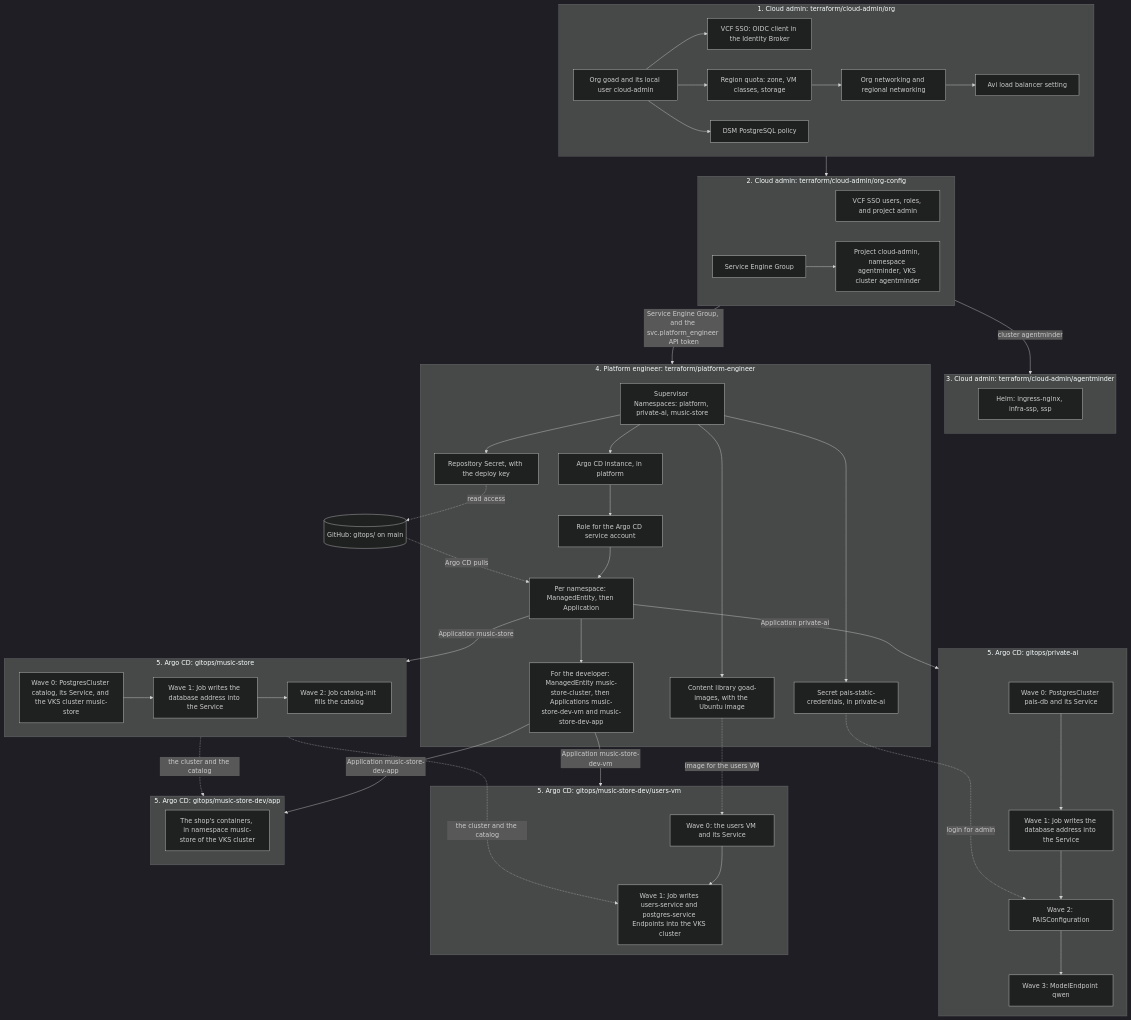
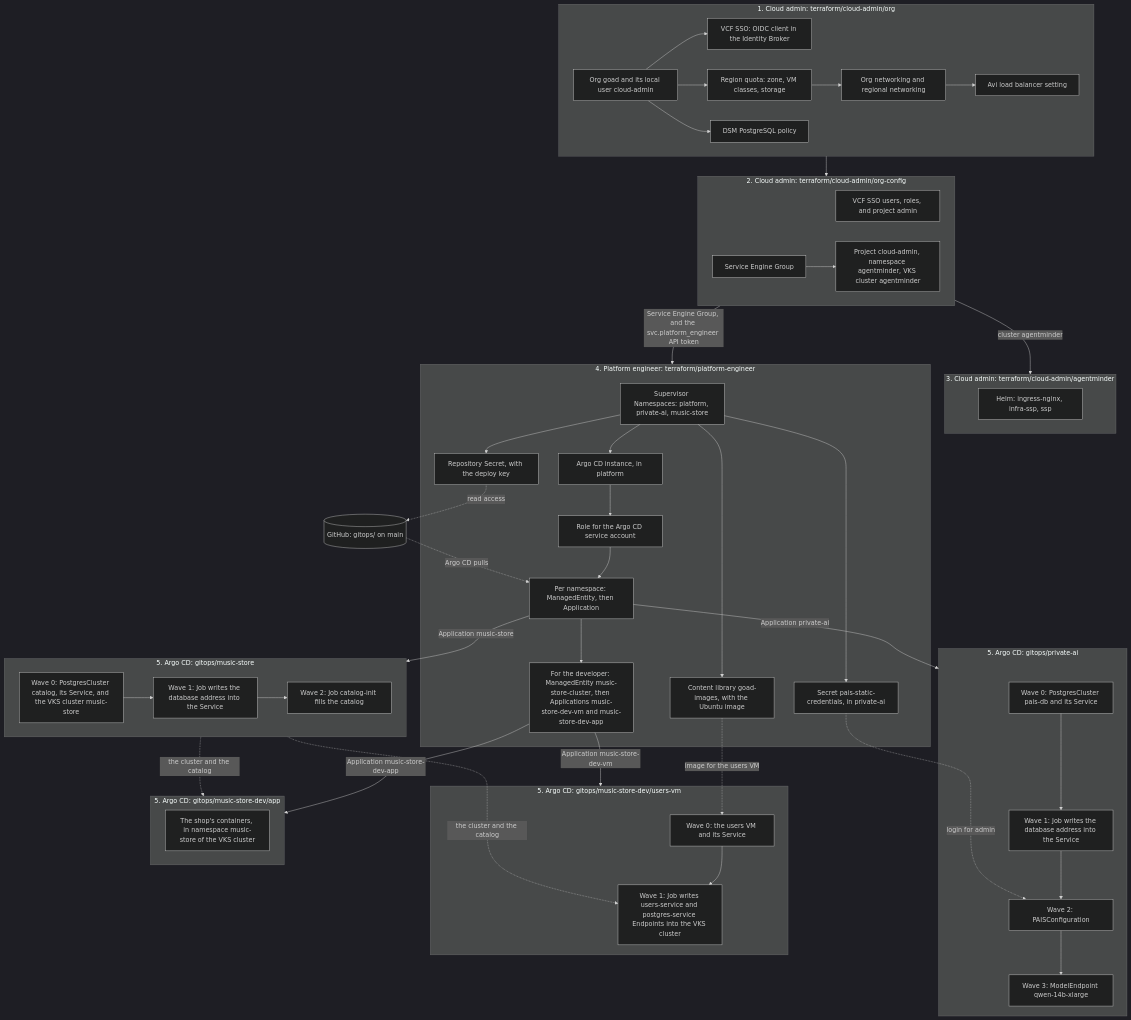
One commit to modern-apps-5/the-goad changed the diagram in README.md. Above: the diagram before and after it, drawn with Mermaid (dark theme). The commit also changed 2 other files, not shown here.

Commit message:
Name the qwen ModelEndpoint after its model and class, so Argo CD replaces it when either changes.

````diff
--- a/README.md
+++ b/README.md
@@ -51,81 +51,81 @@
 ```mermaid
 flowchart TD
     subgraph cloud_admin["1. Cloud admin: terraform/cloud-admin/org"]
         org["Org goad and its local user cloud-admin"]
         sso["VCF SSO: OIDC client in the Identity Broker"]
         quota["Region quota: zone, VM classes, storage"]
         networking["Org networking and regional networking"]
         avi_setting["Avi load balancer setting"]
         dsm_policy["DSM PostgreSQL policy"]
         org --> sso
         org --> quota --> networking --> avi_setting
         org --> dsm_policy
     end
 
     subgraph org_config["2. Cloud admin: terraform/cloud-admin/org-config"]
         users["VCF SSO users, roles, and project admin"]
         seg["Service Engine Group"]
         am_cluster["Project cloud-admin, namespace agentminder, VKS cluster agentminder"]
         seg --> am_cluster
     end
 
     subgraph agentminder["3. Cloud admin: terraform/cloud-admin/agentminder"]
         am_helm["Helm: ingress-nginx, infra-ssp, ssp"]
     end
 
     subgraph platform_engineer["4. Platform engineer: terraform/platform-engineer"]
         namespaces["Supervisor Namespaces: platform, private-ai, music-store"]
         argocd["Argo CD instance, in platform"]
         role["Role for the Argo CD service account"]
         repo_secret["Repository Secret, with the deploy key"]
         pais_secret["Secret pais-static-credentials, in private-ai"]
         handoff["Per namespace: ManagedEntity, then Application"]
         dev_handoff["For the developer: ManagedEntity music-store-cluster, then Applications music-store-dev-vm and music-store-dev-app"]
         images["Content library goad-images, with the Ubuntu image"]
         namespaces --> argocd --> role --> handoff --> dev_handoff
         namespaces --> repo_secret
         namespaces --> pais_secret
         namespaces --> images
     end
 
     git[("GitHub: gitops/ on main")]
 
     subgraph private_ai["5. Argo CD: gitops/private-ai"]
         pais_wave0["Wave 0: PostgresCluster pais-db and its Service"]
         pais_wave1["Wave 1: Job writes the database address into the Service"]
         pais_wave2["Wave 2: PAISConfiguration"]
-        pais_wave3["Wave 3: ModelEndpoint qwen"]
+        pais_wave3["Wave 3: ModelEndpoint qwen-14b-xlarge"]
         pais_wave0 --> pais_wave1 --> pais_wave2 --> pais_wave3
     end
 
     subgraph music_store["5. Argo CD: gitops/music-store"]
         shop_wave0["Wave 0: PostgresCluster catalog, its Service, and the VKS cluster music-store"]
         shop_wave1["Wave 1: Job writes the database address into the Service"]
         shop_wave2["Wave 2: Job catalog-init fills the catalog"]
         shop_wave0 --> shop_wave1 --> shop_wave2
     end
 
     subgraph music_store_dev_vm["5. Argo CD: gitops/music-store-dev/users-vm"]
         dev_vm_wave0["Wave 0: the users VM and its Service"]
         dev_vm_wave1["Wave 1: Job writes users-service and postgres-service Endpoints into the VKS cluster"]
         dev_vm_wave0 --> dev_vm_wave1
     end
 
     subgraph music_store_dev_app["5. Argo CD: gitops/music-store-dev/app"]
         dev_app["The shop's containers, in namespace music-store of the VKS cluster"]
     end
 
     cloud_admin --> org_config
     org_config -->|"cluster agentminder"| agentminder
     org_config -->|"Service Engine Group, and the svc.platform_engineer API token"| platform_engineer
     repo_secret -.->|"read access"| git
     git -.->|"Argo CD pulls"| handoff
     handoff -->|"Application private-ai"| private_ai
     handoff -->|"Application music-store"| music_store
     dev_handoff -->|"Application music-store-dev-vm"| music_store_dev_vm
     dev_handoff -->|"Application music-store-dev-app"| music_store_dev_app
     music_store -.->|"the cluster and the catalog"| music_store_dev_app
     music_store -.->|"the cluster and the catalog"| dev_vm_wave1
     pais_secret -.->|"login for admin"| pais_wave2
     images -.->|"image for the users VM"| dev_vm_wave0
 ```
````
